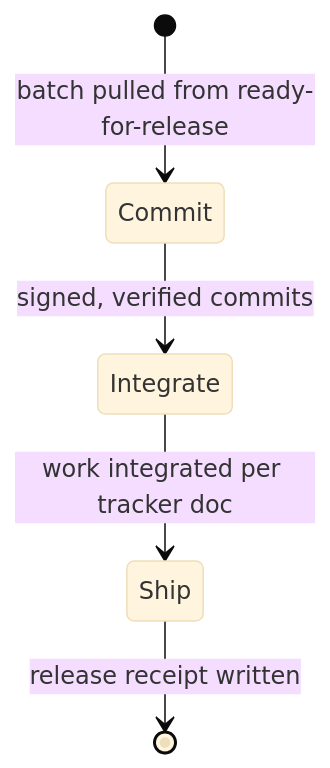
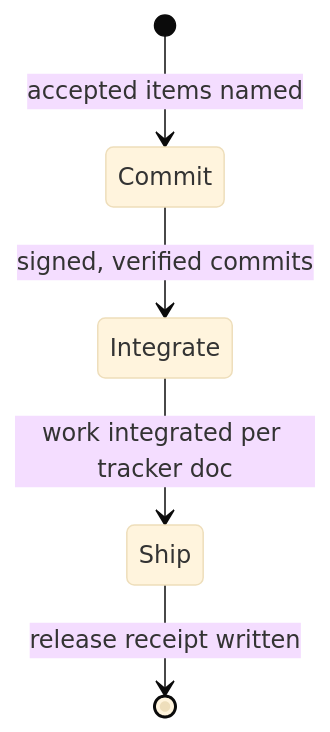
Before and after one commit to disusered/dotfiles-universal: the diagram in ai/agent-skills/role-release/SKILL.md, drawn with Mermaid (base theme). The commit also changed other lines of this file and 19 other files, not shown here.

````diff
--- a/ai/agent-skills/role-release/SKILL.md
+++ b/ai/agent-skills/role-release/SKILL.md
@@ -16,7 +20,7 @@
 ```mermaid
 stateDiagram-v2
-  [*] --> Commit: batch pulled from ready-for-release
+  [*] --> Commit: accepted items named
   Commit --> Integrate: signed, verified commits
   Integrate --> Ship: work integrated per tracker doc
   Ship --> [*]: release receipt written
 ```
````
